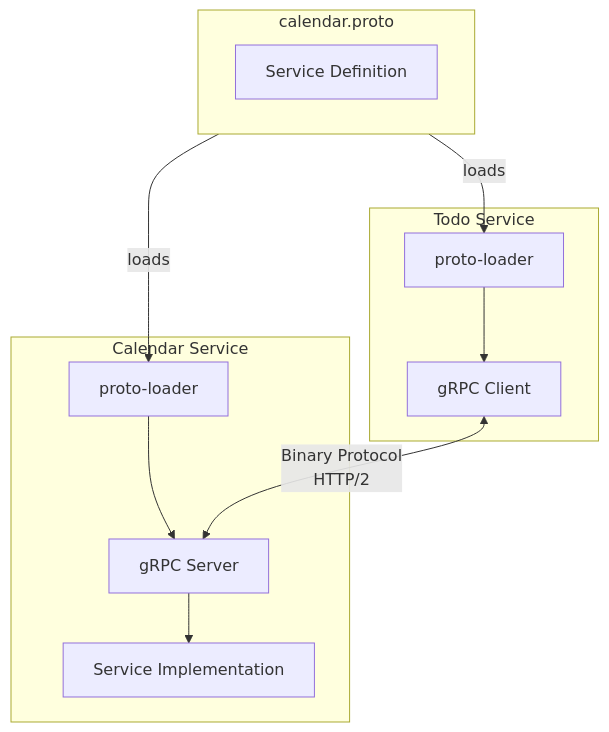
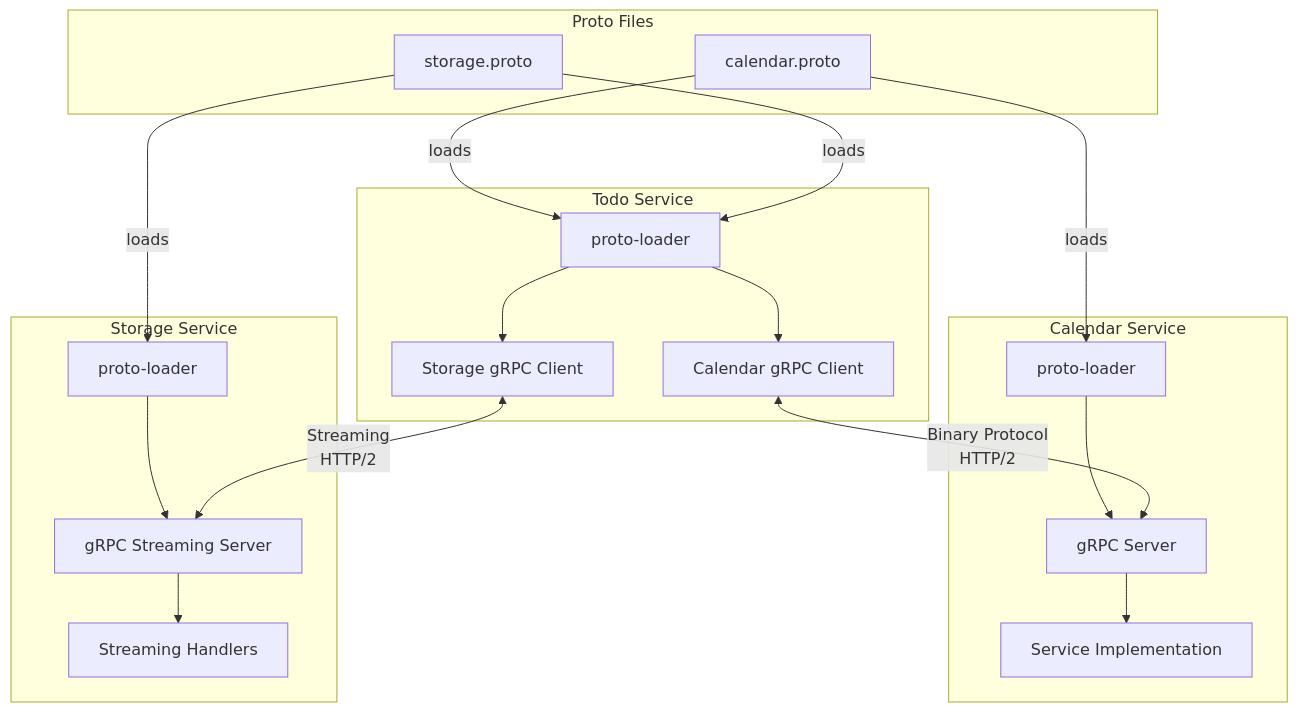
One commit to Primilink/grpc-example changed the seventh of 7 diagrams in README.md. Above: the diagram before and after it, drawn with Mermaid. The commit also changed other lines of this file and 8 other files, not shown here.

Commit message:
feat(storage): add storage service with gRPC streaming for file uploads and downloads

````diff
--- a/README.md
+++ b/README.md
@@ -168,24 +295,38 @@
 ```mermaid
 flowchart TB
-    subgraph Proto["calendar.proto"]
-        PD[Service Definition]
+    subgraph Protos["Proto Files"]
+        CP[calendar.proto]
+        SP[storage.proto]
     end
 
     subgraph TodoService["Todo Service"]
         PL1[proto-loader]
-        GC[gRPC Client]
+        GCC[Calendar gRPC Client]
+        GSC[Storage gRPC Client]
     end
 
     subgraph CalendarService["Calendar Service"]
         PL2[proto-loader]
-        GS[gRPC Server]
-        SI[Service Implementation]
+        GS1[gRPC Server]
+        SI1[Service Implementation]
     end
 
-    Proto -->|loads| PL1
-    Proto -->|loads| PL2
-    PL1 --> GC
-    PL2 --> GS
-    GS --> SI
-    GC <-->|Binary Protocol<br/>HTTP/2| GS
+    subgraph StorageService["Storage Service"]
+        PL3[proto-loader]
+        GS2[gRPC Streaming Server]
+        SI2[Streaming Handlers]
+    end
+
+    CP -->|loads| PL1
+    CP -->|loads| PL2
+    SP -->|loads| PL1
+    SP -->|loads| PL3
+    PL1 --> GCC
+    PL1 --> GSC
+    PL2 --> GS1
+    PL3 --> GS2
+    GS1 --> SI1
+    GS2 --> SI2
+    GCC <-->|Binary Protocol<br/>HTTP/2| GS1
+    GSC <-->|Streaming<br/>HTTP/2| GS2
 ```
````
